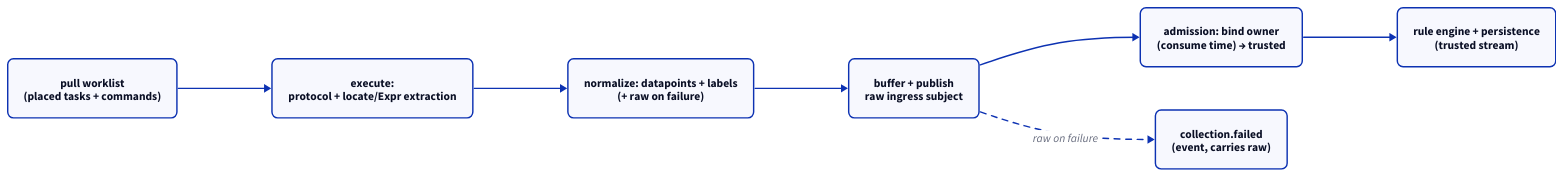
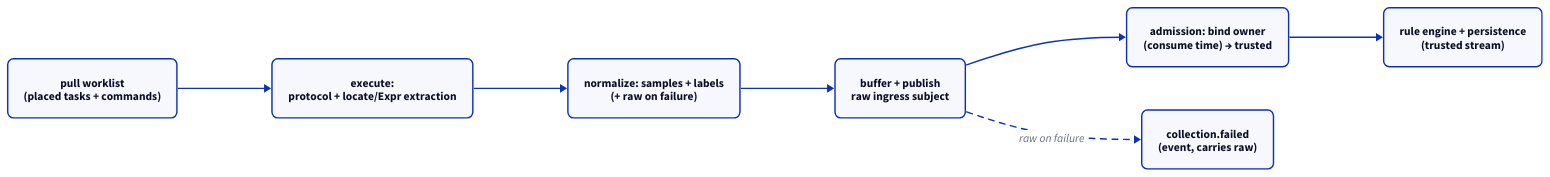
Before and after one commit to hyperscaleav/omniglass: the diagram in docs/src/content/docs/architecture/nodes.md, drawn with D2. The commit also changed other lines of this file and 35 other files, not shown here.

````diff
--- a/docs/src/content/docs/architecture/nodes.md
+++ b/docs/src/content/docs/architecture/nodes.md
@@ -372,17 +372,17 @@
 ```d2
 direction: right
 classes: { node: { style.border-radius: 8 } }
 worklist: "pull worklist\n(placed tasks + commands)" { class: node }
 execute: "execute:\nprotocol + locate/Expr extraction" { class: node }
-normalize: "normalize: datapoints + labels\n(+ raw on failure)" { class: node }
+normalize: "normalize: samples + labels\n(+ raw on failure)" { class: node }
 ship: "buffer + publish\nraw ingress subject" { class: node }
 admission: "admission: bind owner\n(consume time) → trusted" { class: node }
 worker: "rule engine + persistence\n(trusted stream)" { class: node }
 failed: "collection.failed\n(event, carries raw)" { class: node }
 worklist -> execute
 execute -> normalize
 normalize -> ship
 ship -> admission
 admission -> worker
 ship -> failed: "raw on failure" { style.stroke-dash: 4 }
 ```
````
